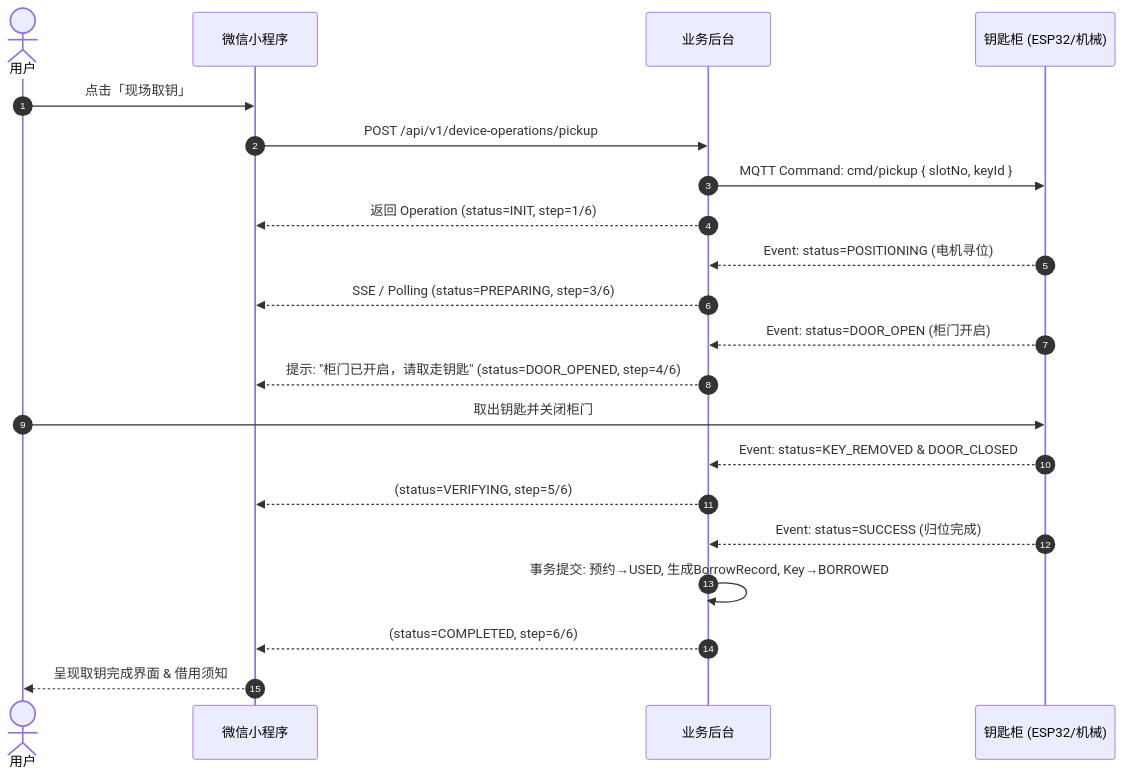
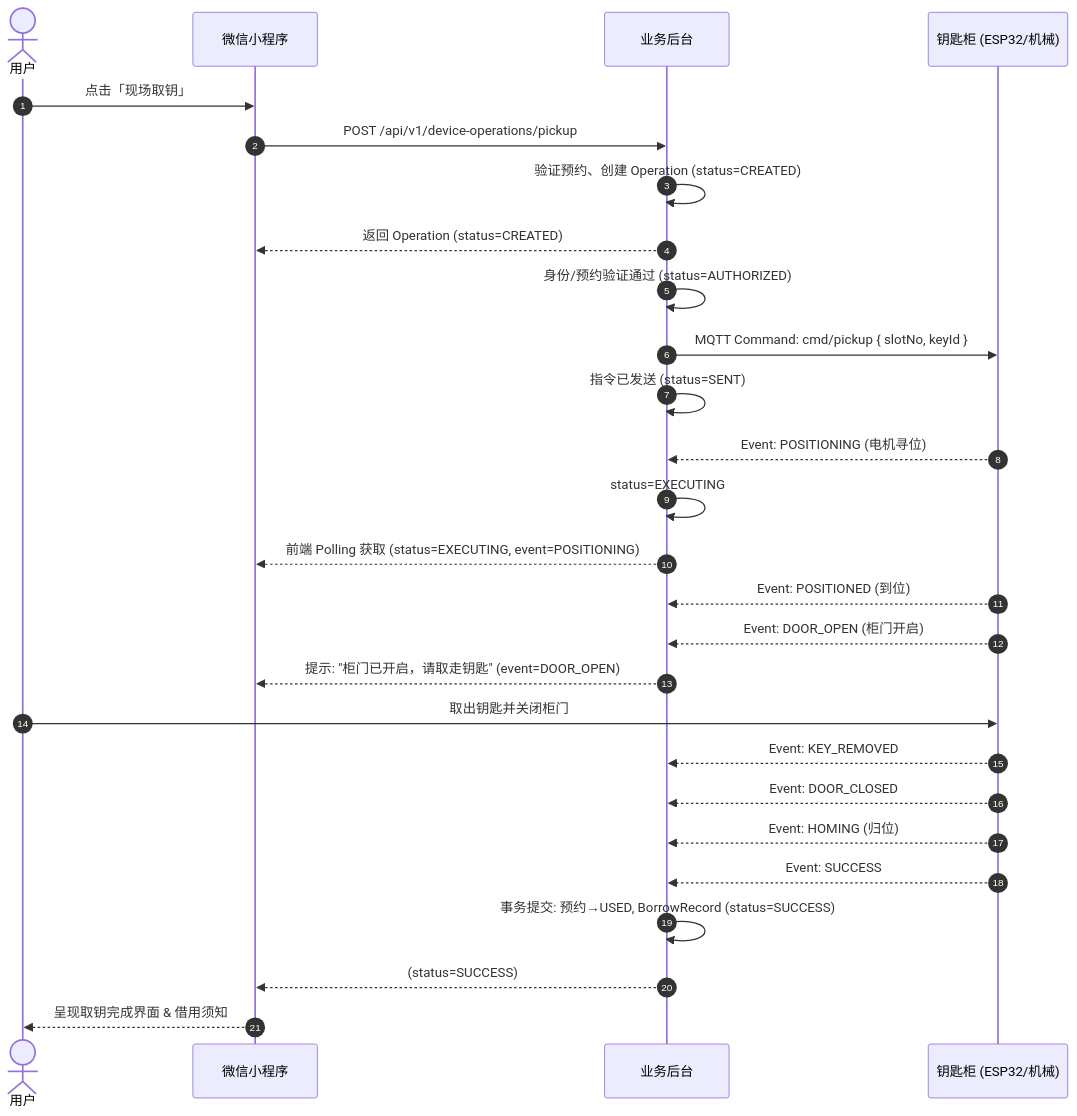
Before and after one commit to zhouwu97/key-cabinet: the fourth of 5 diagrams in docs/03-STATE-MACHINE.md, drawn with Mermaid. The commit also changed other lines of this file and 5 other files, not shown here.

````diff
--- a/docs/03-STATE-MACHINE.md
+++ b/docs/03-STATE-MACHINE.md
@@ -146,28 +201,35 @@
 ```mermaid
 sequenceDiagram
     autonumber
     actor User as 用户
     participant App as 微信小程序
     participant Cloud as 业务后台
     participant Device as 钥匙柜 (ESP32/机械)
 
     User->>App: 点击「现场取钥」
     App->>Cloud: POST /api/v1/device-operations/pickup
+    Cloud->>Cloud: 验证预约、创建 Operation (status=CREATED)
+    Cloud-->>App: 返回 Operation (status=CREATED)
+    
+    Cloud->>Cloud: 身份/预约验证通过 (status=AUTHORIZED)
     Cloud->>Device: MQTT Command: cmd/pickup { slotNo, keyId }
-    Cloud-->>App: 返回 Operation (status=INIT, step=1/6)
+    Cloud->>Cloud: 指令已发送 (status=SENT)
     
-    Device-->>Cloud: Event: status=POSITIONING (电机寻位)
-    Cloud-->>App: SSE / Polling (status=PREPARING, step=3/6)
+    Device-->>Cloud: Event: POSITIONING (电机寻位)
+    Cloud->>Cloud: status=EXECUTING
+    Cloud-->>App: 前端 Polling 获取 (status=EXECUTING, event=POSITIONING)
     
-    Device-->>Cloud: Event: status=DOOR_OPEN (柜门开启)
-    Cloud-->>App: 提示: "柜门已开启，请取走钥匙" (status=DOOR_OPENED, step=4/6)
+    Device-->>Cloud: Event: POSITIONED (到位)
+    Device-->>Cloud: Event: DOOR_OPEN (柜门开启)
+    Cloud-->>App: 提示: "柜门已开启，请取走钥匙" (event=DOOR_OPEN)
     
     User->>Device: 取出钥匙并关闭柜门
-    Device-->>Cloud: Event: status=KEY_REMOVED & DOOR_CLOSED
-    Cloud-->>App: (status=VERIFYING, step=5/6)
+    Device-->>Cloud: Event: KEY_REMOVED
+    Device-->>Cloud: Event: DOOR_CLOSED
+    Device-->>Cloud: Event: HOMING (归位)
+    Device-->>Cloud: Event: SUCCESS
     
-    Device-->>Cloud: Event: status=SUCCESS (归位完成)
-    Cloud->>Cloud: 事务提交: 预约→USED, 生成BorrowRecord, Key→BORROWED
-    Cloud-->>App: (status=COMPLETED, step=6/6)
+    Cloud->>Cloud: 事务提交: 预约→USED, BorrowRecord (status=SUCCESS)
+    Cloud-->>App: (status=SUCCESS)
     App-->>User: 呈现取钥完成界面 & 借用须知
 ```
````
